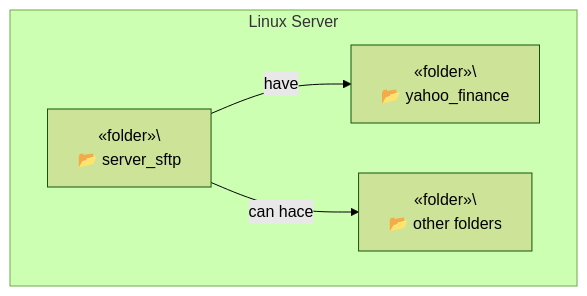
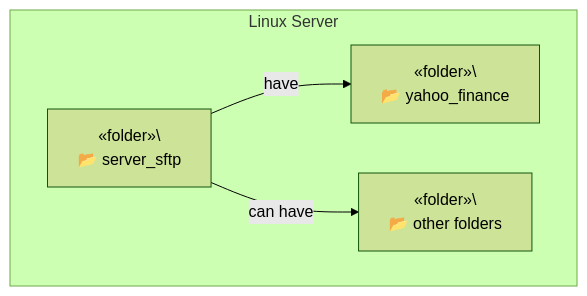
The second of 3 diagrams in server_sftp/README.md (TrulyDigital/DATA_STREET), drawn with Mermaid (forest theme) before and after one commit.

Commit message:
update: server_sftp README.md

````diff
--- a/server_sftp/README.md
+++ b/server_sftp/README.md
@@ -14,11 +14,11 @@
 ```mermaid
 graph TD
     subgraph Contenedor_A [Linux Server]
         A1[&laquo;folder&raquo;\<br/> 📂 server_sftp]
         A2[&laquo;folder&raquo;\<br/> 📂 yahoo_finance]
         A3[&laquo;folder&raquo;\<br/> 📂 other folders]
     end
 
     A1 -- have --> A2
-    A1 -- can hace --> A3
+    A1 -- can have --> A3
 ```
````
